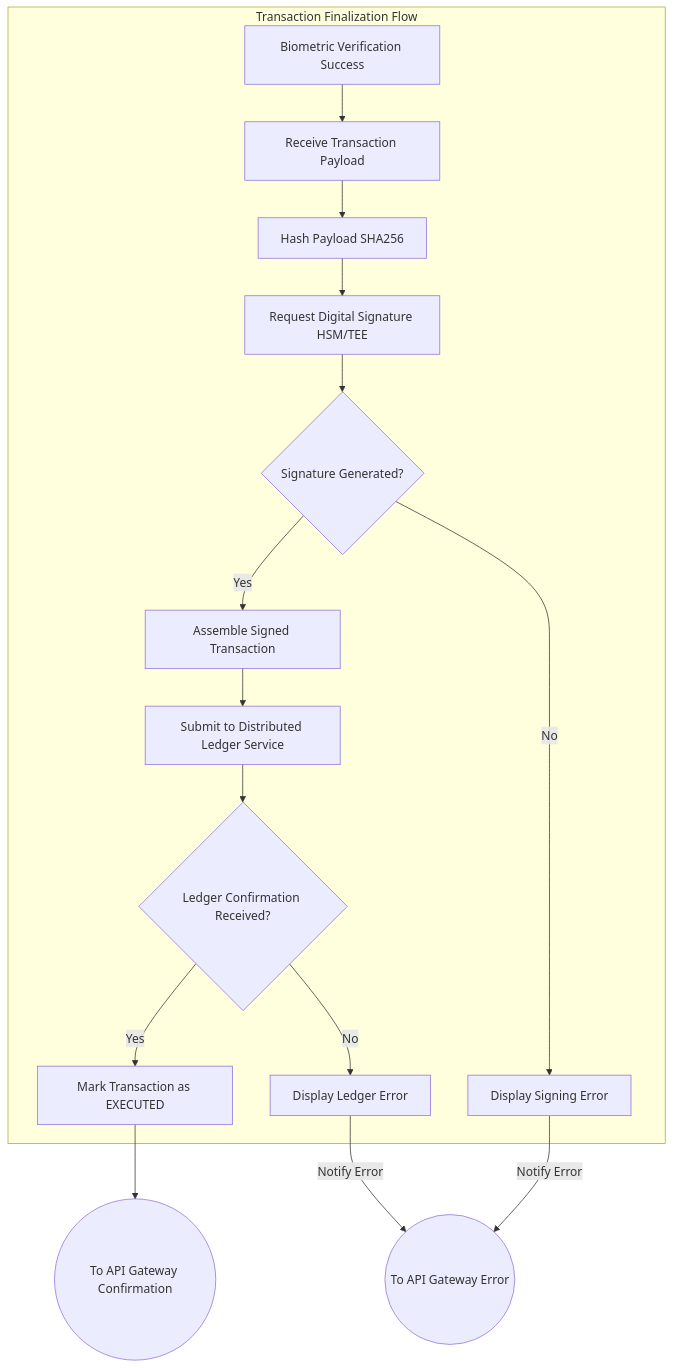
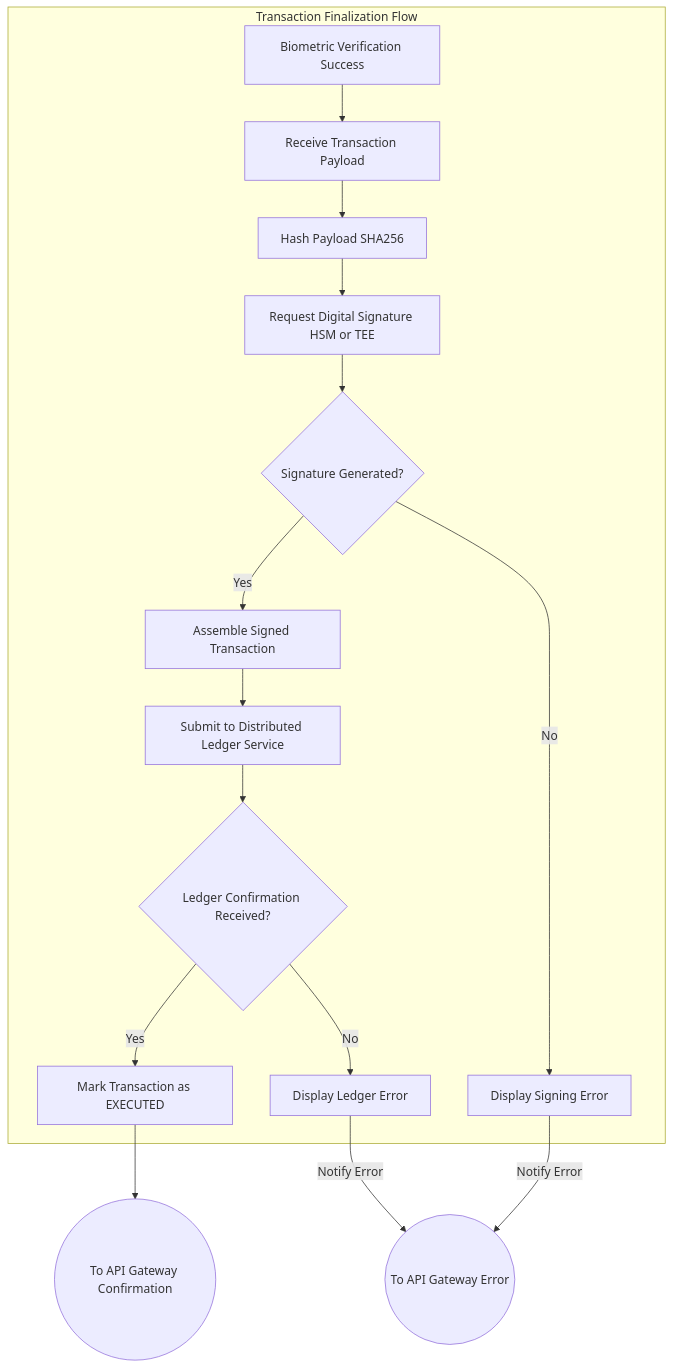
Before and after one commit to diplomat-bit/Citibank_Demo_Business_Inc_Demonstration-: the ninth of 13 diagrams in inventions/005_biometric_confirmation_flow.md, drawn with Mermaid. The commit also changed other lines of this file, not shown here.

````diff
--- a/inventions/005_biometric_confirmation_flow.md
+++ b/inventions/005_biometric_confirmation_flow.md
@@ -560,18 +1001,18 @@
 ```mermaid
 graph TD
     subgraph Transaction Finalization Flow
         TF1[Biometric Verification Success] --> TF2[Receive Transaction Payload]
         TF2 --> TF3[Hash Payload SHA256]
-        TF3 --> TF4[Request Digital Signature HSM/TEE]
+        TF3 --> TF4[Request Digital Signature HSM or TEE]
         TF4 --> TF5{Signature Generated?}
         TF5 -- Yes --> TF6[Assemble Signed Transaction]
         TF5 -- No --> TF_ERR_SIGN[Display Signing Error]
         TF6 --> TF7[Submit to Distributed Ledger Service]
         TF7 --> TF8{Ledger Confirmation Received?}
         TF8 -- Yes --> TF9[Mark Transaction as EXECUTED]
         TF8 -- No --> TF_ERR_LEDGER[Display Ledger Error]
     end
     TF_ERR_SIGN -- Notify Error --> F_API_ERR((To API Gateway Error))
     TF_ERR_LEDGER -- Notify Error --> F_API_ERR
     TF9 --> F_API_CONF((To API Gateway Confirmation))
 ```
````
